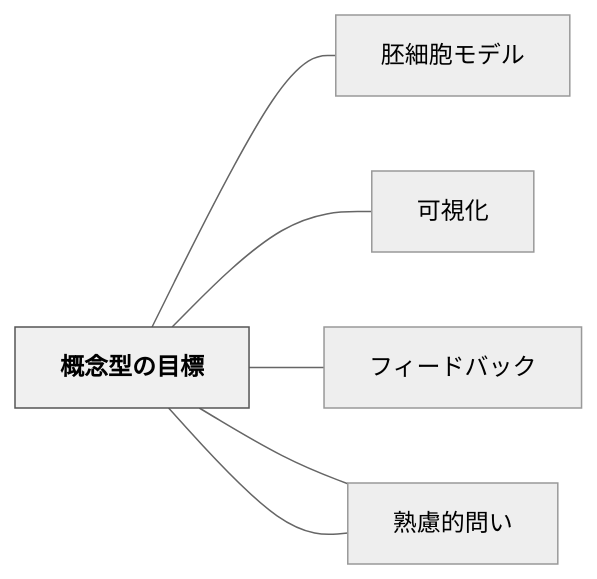
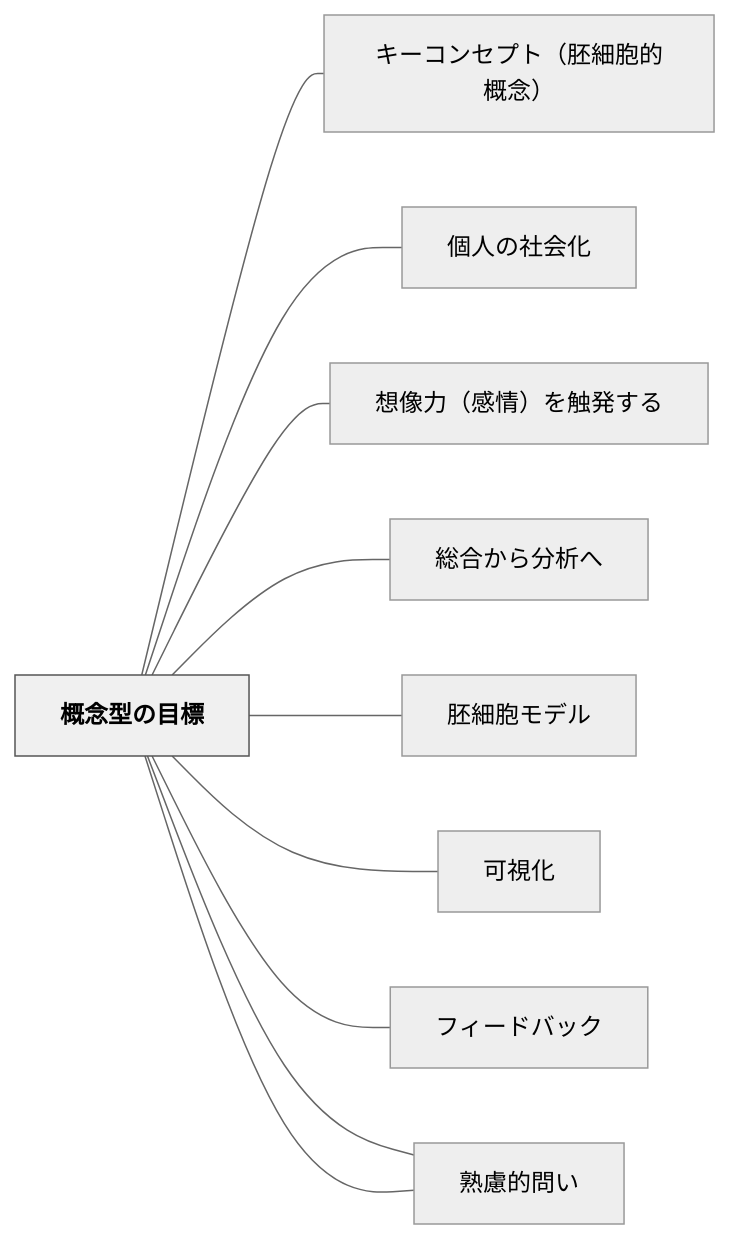
Before and after one commit to unknownthings-ed-patterns/unknownthings-ed-patterns: the diagram in content/パタン/概念型の目標.md, drawn with Mermaid (neutral theme). The commit also changed other lines of this file and 473 other files, not shown here.

````diff
--- a/content/パタン/概念型の目標.md
+++ b/content/パタン/概念型の目標.md
@@ -147,18 +151,26 @@
 ```mermaid
 flowchart LR
     ne6a682e5bfb5["概念型の目標"]
+    ne382ade383bc["キーコンセプト（胚細胞的概念）"]
+    ne5808be4baba["個人の社会化"]
+    ne683b3e5838f["想像力（感情）を触発する"]
+    ne7b78fe59088["総合から分析へ"]
     ne8839ae7b4b0["胚細胞モデル"]
     ne58fafe8a696["可視化"]
     ne38395e382a3["フィードバック"]
     ne7869fe685ae["熟慮的配列"]
     ne7869fe685ae["熟慮的問い"]
 
+    ne6a682e5bfb5 --- ne382ade383bc
+    ne6a682e5bfb5 --- ne5808be4baba
+    ne6a682e5bfb5 --- ne683b3e5838f
+    ne6a682e5bfb5 --- ne7b78fe59088
     ne6a682e5bfb5 --- ne8839ae7b4b0
     ne6a682e5bfb5 --- ne58fafe8a696
     ne6a682e5bfb5 --- ne38395e382a3
     ne6a682e5bfb5 --- ne7869fe685ae
     ne6a682e5bfb5 --- ne7869fe685ae
 
     classDef hub fill:#f0f0f0,stroke:#555,color:#000,font-weight:bold
     class ne6a682e5bfb5 hub
 ```
````
